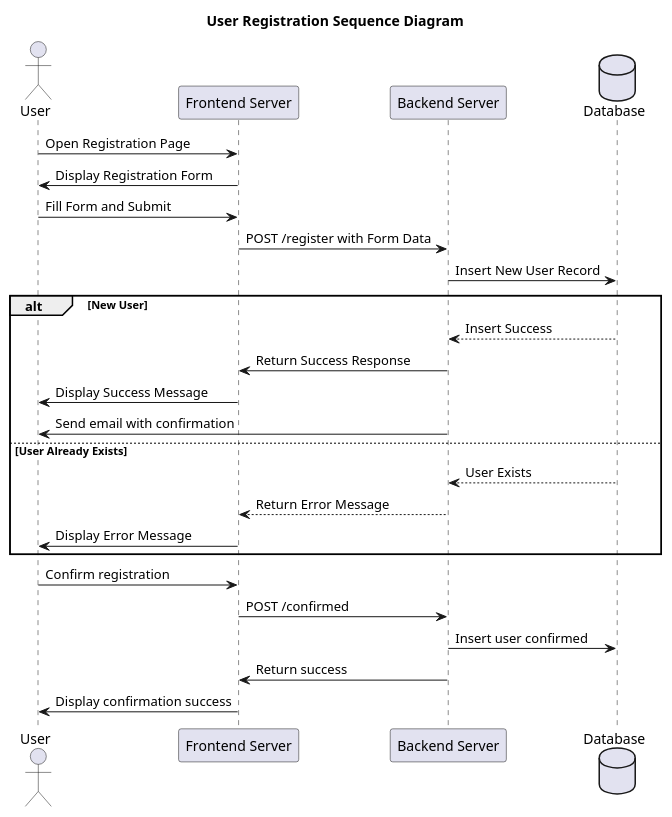
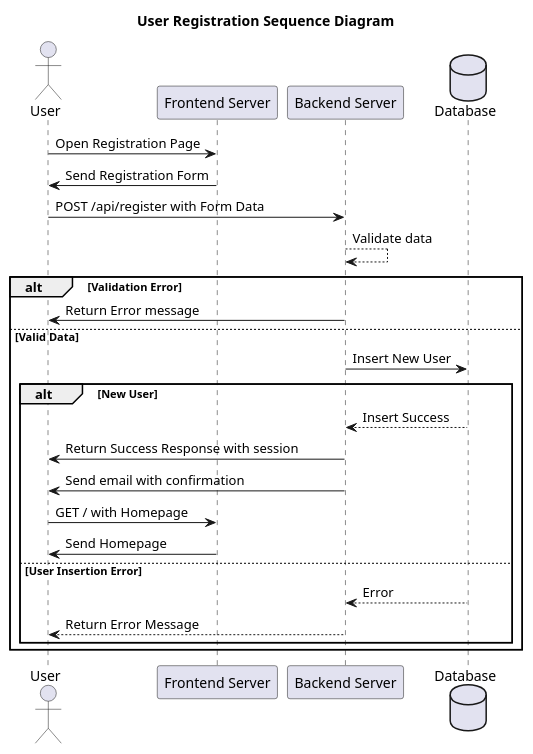
One commit to mwegrzak/let-me-cook changed the diagram in register-flowchart.plantuml. Above: the diagram before and after it, drawn with PlantUML. The commit also changed 3 other files, not shown here.

Commit message:
Adjusted uml diagrams

```diff
--- a/register-flowchart.plantuml
+++ b/register-flowchart.plantuml
@@ -1,34 +1,30 @@
 @startuml
 title User Registration Sequence Diagram
 
 actor User
 participant "Frontend Server" as Frontend
 participant "Backend Server" as Backend
 database "Database" as DB
 
 User -> Frontend: Open Registration Page
-Frontend -> User: Display Registration Form
+Frontend -> User: Send Registration Form
 
-User -> Frontend: Fill Form and Submit
-Frontend -> Backend: POST /register with Form Data
-Backend -> DB: Insert New User Record
-
-alt New User
-    DB --> Backend: Insert Success
-    Backend -> Frontend: Return Success Response
-    Frontend -> User: Display Success Message
-    Backend -> User: Send email with confirmation
-
-else User Already Exists
-    DB --> Backend: User Exists
-    Backend --> Frontend : Return Error Message
-    Frontend -> User: Display Error Message
+User -> Backend: POST /api/register with Form Data
+Backend --> Backend: Validate data
+alt Validation Error
+    Backend -> User: Return Error message
+else Valid Data
+    Backend -> DB: Insert New User
+    alt New User
+        DB --> Backend: Insert Success
+        Backend -> User: Return Success Response with session
+        Backend -> User: Send email with confirmation
+        User -> Frontend: GET / with Homepage
+        Frontend -> User: Send Homepage
+    else User Insertion Error
+        DB --> Backend: Error
+        Backend --> User: Return Error Message
+    end
 end
 
-User -> Frontend: Confirm registration
-Frontend -> Backend: POST /confirmed
-Backend -> DB: Insert user confirmed
-Backend -> Frontend: Return success
-Frontend -> User: Display confirmation success
-
 @enduml
```
